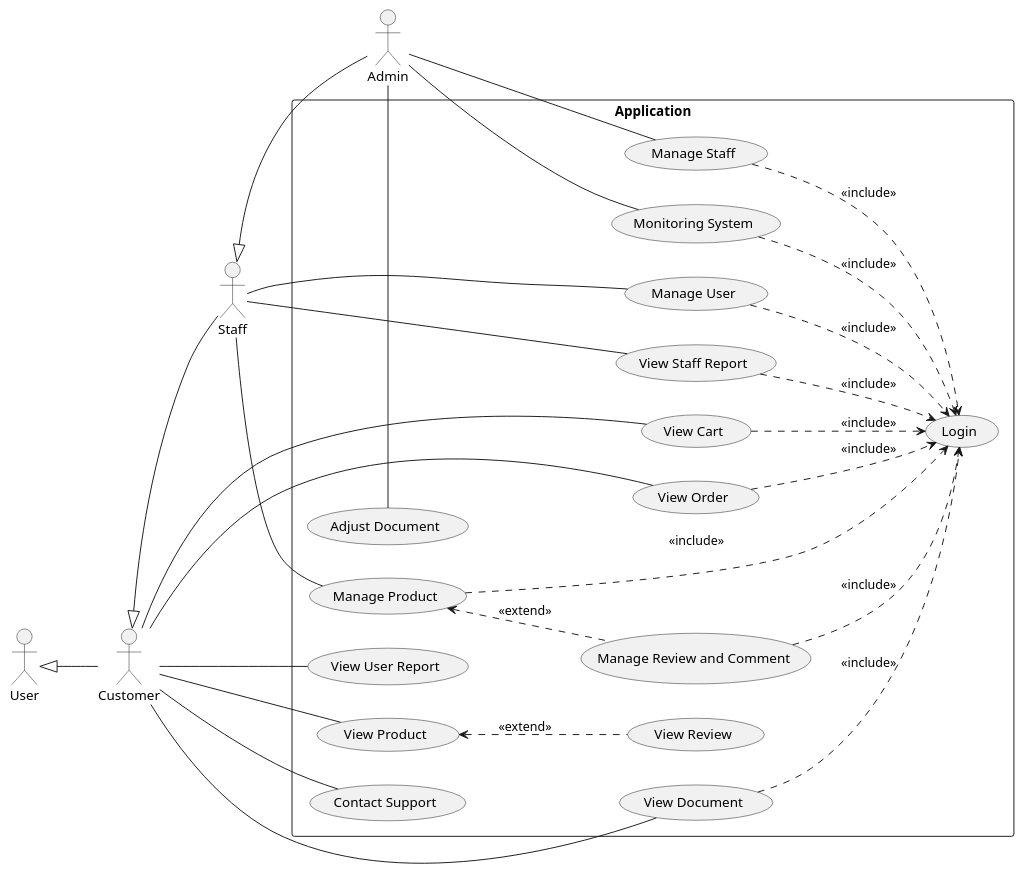
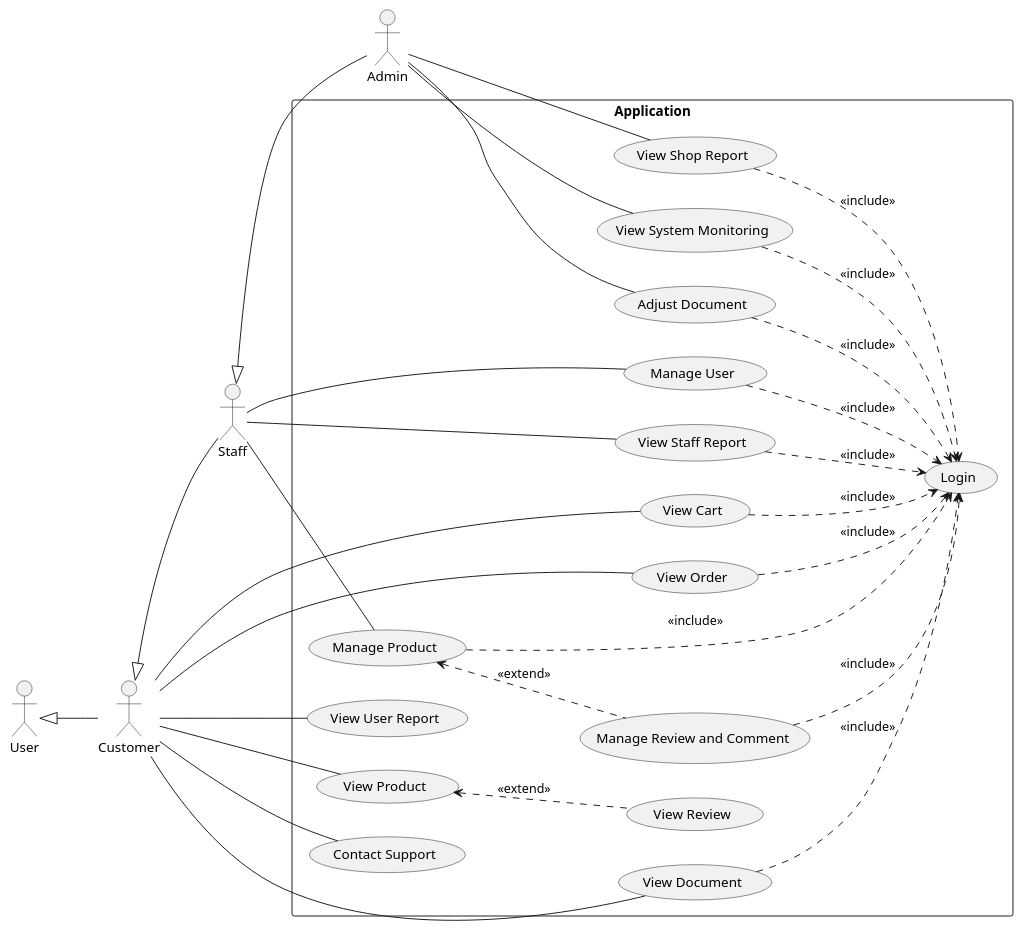
One commit to electricilies/electricilies.github.io changed the first of 2 diagrams in docs/docs/usecase/user.md. Above: the diagram before and after it, drawn with PlantUML. The commit also changed 2 other files, not shown here.

Commit message:
feat: bla bla admin and adjust a bit staff and user

````diff
--- a/docs/docs/usecase/user.md
+++ b/docs/docs/usecase/user.md
@@ -5,58 +5,59 @@
 ```plantuml
 @startuml
 left to right direction
 actor User
 actor Customer
 actor Staff
 actor Admin
 
 User <|-- Customer
 Customer <|-- Staff
 Staff <|-- Admin
 
 rectangle "Application" {
   usecase UC01 as "Login"
   usecase UC02 as "View Product"
   usecase UC03 as "View Review"
   usecase UC04 as "View Cart"
   usecase UC05 as "View Order"
   usecase UC06 as "Contact Support"
   usecase UC07 as "View User Report"
   usecase UC08 as "View Document"
   usecase UC09 as "Manage Product"
   usecase UC10 as "Manage Review and Comment"
   usecase UC11 as "Manage User"
   usecase UC12 as "View Staff Report"
-  usecase UC13 as "Manage Staff"
-  usecase UC14 as "Monitoring System"
+  usecase UC13 as "View Shop Report"
+  usecase UC14 as "View System Monitoring"
   usecase UC15 as "Adjust Document"
 }
 
 Customer -- UC02
 Customer -- UC04
 Customer -- UC05
 Customer -- UC06
 Customer -- UC07
 Customer -- UC08
 Staff -- UC09
 Staff -- UC11
 Staff -- UC12
 Admin -- UC13
 Admin -- UC14
 Admin -- UC15
 
 UC02 <.. UC03 : <<extend>>
 UC09 <.. UC10 : <<extend>>
 
 UC04 ..> UC01 : <<include>>
 UC05 ..> UC01 : <<include>>
 UC08 ..> UC01 : <<include>>
 UC09 ..> UC01 : <<include>>
 UC10 ..> UC01 : <<include>>
 UC11 ..> UC01 : <<include>>
 UC12 ..> UC01 : <<include>>
 UC13 ..> UC01 : <<include>>
 UC14 ..> UC01 : <<include>>
+UC15 ..> UC01 : <<include>>
 
 @enduml
 ```
````
